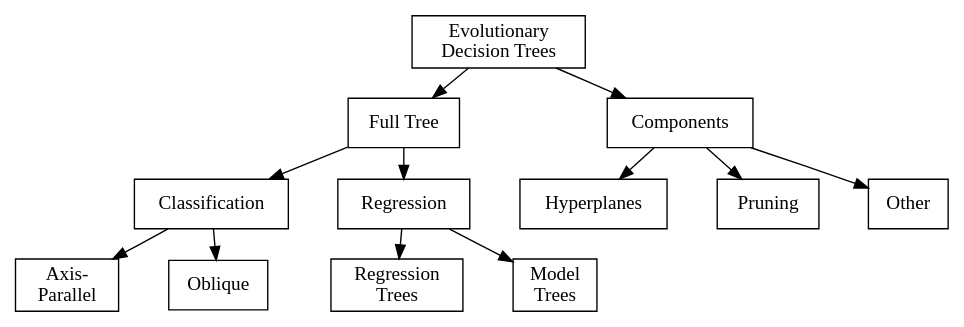
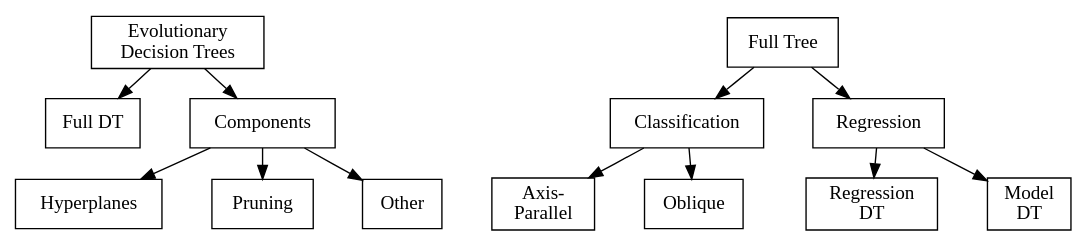
The diagram in examples/paper/source/index.rst (bogdanvuk/rst), drawn with Graphviz before and after one commit. The commit also changed other lines of this file and 4 other files, not shown here.

```diff
--- a/examples/paper/source/index.rst
+++ b/examples/paper/source/index.rst
@@ -40,21 +44,21 @@
 .. graphviz::
     :caption: Taxonomy of evolutionary algorithms for DT induction.
     
     digraph foo {
         node [ shape=box ]
         nodesep=0.5
         margin = 0.3
         ranksep = "0.3 equally"
         fontsize = 10
-        "Evolutionary\n Decision Trees" -> "Full Tree"
+        "Evolutionary\n Decision Trees" -> "Full DT"
         "Evolutionary\n Decision Trees" -> "Components"
         "Full Tree" -> "Classification"
         "Full Tree" -> "Regression"
         "Classification" -> "Axis-\n Parallel"
         "Classification" -> "Oblique"
-        "Regression" -> "Regression\n Trees"
-        "Regression" -> "Model\n Trees"
+        "Regression" -> "Regression\n DT"
+        "Regression" -> "Model\n DT"
         "Components" -> "Hyperplanes"
         "Components" -> "Pruning"
         "Components" -> "Other"
     }
```
